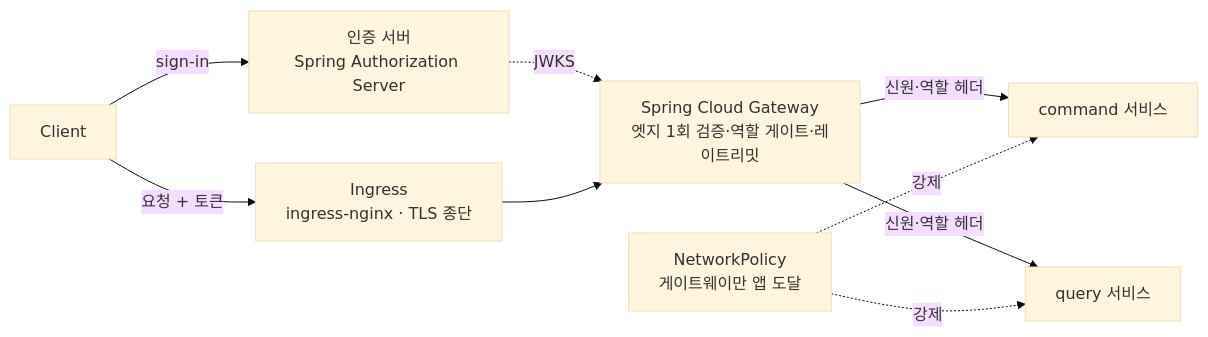
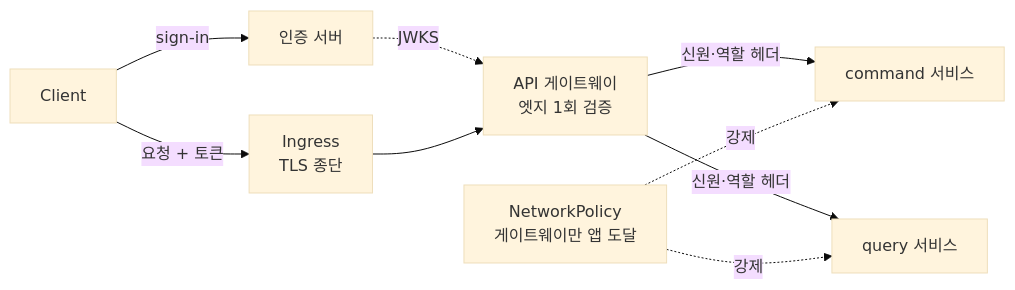
Before and after one commit to newkayak12/prototype-reservation-system: the third of 3 diagrams in docs/v2/rfc/RFC-020-authentication-boundary-gateway.md, drawn with Mermaid (base theme). The commit also changed other lines of this file and 9 other files, not shown here.

````diff
--- a/docs/v2/rfc/RFC-020-authentication-boundary-gateway.md
+++ b/docs/v2/rfc/RFC-020-authentication-boundary-gateway.md
@@ -176,11 +143,11 @@
 ```mermaid
 graph LR
-    C[Client] -->|sign-in| AS[인증 서버<br/>Spring Authorization Server]
-    AS -. JWKS .-> SCG
-    C -->|요청 + 토큰| ING[Ingress<br/>ingress-nginx · TLS 종단]
-    ING --> SCG[Spring Cloud Gateway<br/>엣지 1회 검증·역할 게이트·레이트리밋]
-    SCG -->|신원·역할 헤더| CMD[command 서비스]
-    SCG -->|신원·역할 헤더| QRY[query 서비스]
+    C[Client] -->|sign-in| AS[인증 서버]
+    AS -. JWKS .-> GW
+    C -->|요청 + 토큰| ING[Ingress<br/>TLS 종단]
+    ING --> GW[API 게이트웨이<br/>엣지 1회 검증]
+    GW -->|신원·역할 헤더| CMD[command 서비스]
+    GW -->|신원·역할 헤더| QRY[query 서비스]
     NP[NetworkPolicy<br/>게이트웨이만 앱 도달] -.강제.-> CMD
     NP -.강제.-> QRY
 ```
````
